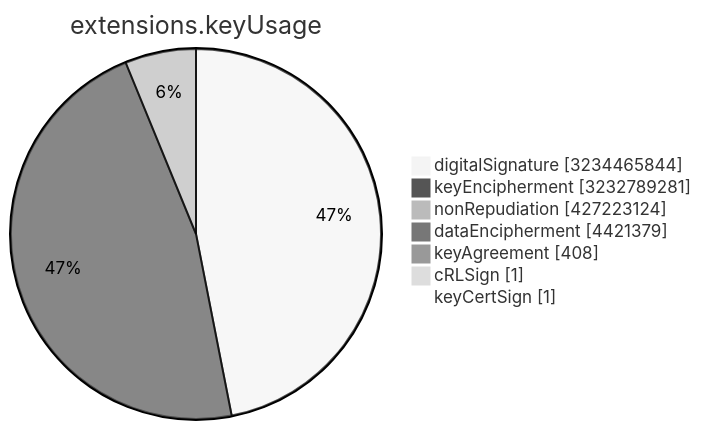
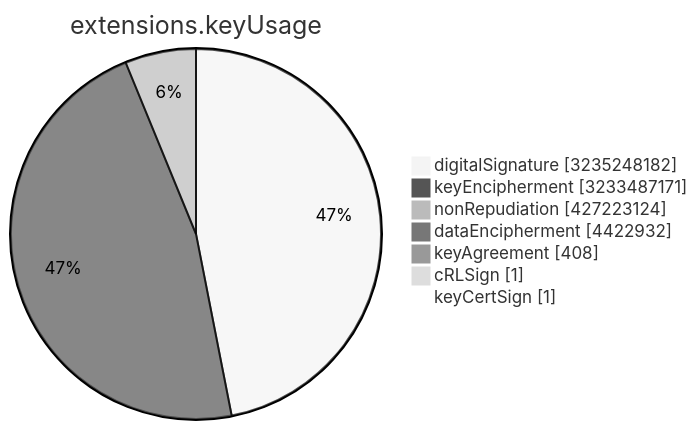
The sixth of 15 diagrams in TOTAL/README.md (christiankrug/ctmonitor_visualization), drawn with Mermaid (neutral theme) before and after one commit. The commit also changed other lines of this file, not shown here.

````diff
--- a/TOTAL/README.md
+++ b/TOTAL/README.md
@@ -3077,11 +3077,11 @@
 ```mermaid
 pie showData
 title extensions.keyUsage
-"digitalSignature" :3234465844
-"keyEncipherment" :3232789281
+"digitalSignature" :3235248182
+"keyEncipherment" :3233487171
 "nonRepudiation" :427223124
-"dataEncipherment" :4421379
+"dataEncipherment" :4422932
 "keyAgreement" :408
 "cRLSign" :1
 "keyCertSign" :1
 ```
````
